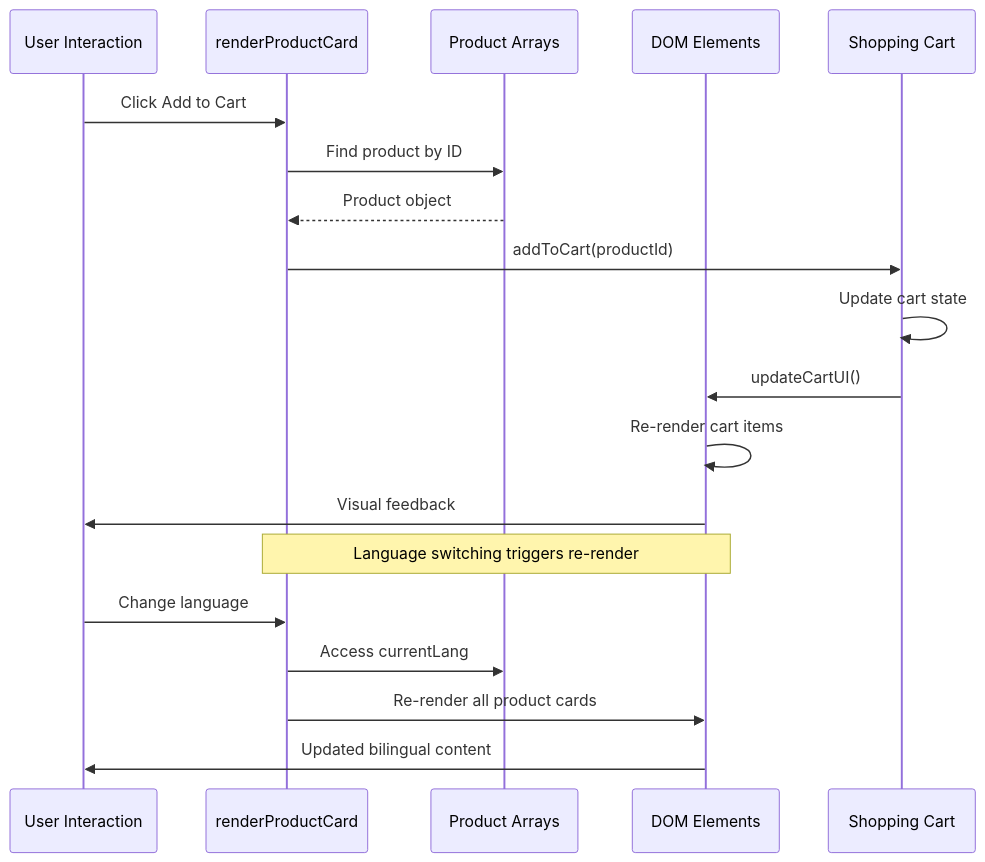
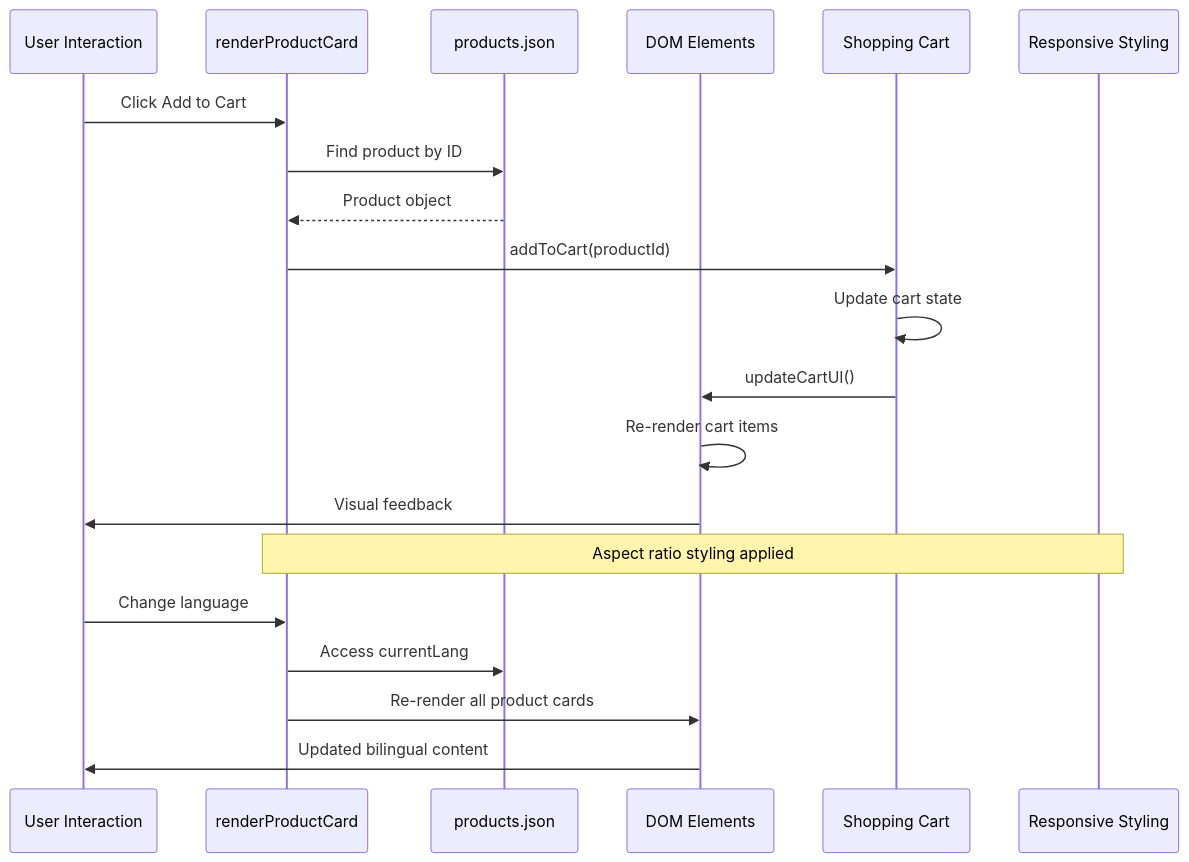
Before and after one commit to queenflowerhk/queenflowerhk.github.io: the second of 2 diagrams in .qoder/repowiki/en/content/User Interface Components/Product Gallery Components/Product Card Template System.md, drawn with Mermaid. The commit also changed other lines of this file and 22 other files, not shown here.

````diff
--- a/.qoder/repowiki/en/content/User Interface Components/Product Gallery Components/Product Card Template System.md
+++ b/.qoder/repowiki/en/content/User Interface Components/Product Gallery Components/Product Card Template System.md
@@ -116,21 +117,22 @@
 ```mermaid
 sequenceDiagram
 participant User as User Interaction
 participant Template as renderProductCard
-participant Data as Product Arrays
+participant Data as products.json
 participant DOM as DOM Elements
 participant Cart as Shopping Cart
+participant Styles as Responsive Styling
 User->>Template : Click Add to Cart
 Template->>Data : Find product by ID
 Data-->>Template : Product object
 Template->>Cart : addToCart(productId)
 Cart->>Cart : Update cart state
 Cart->>DOM : updateCartUI()
 DOM->>DOM : Re-render cart items
 DOM->>User : Visual feedback
-Note over Template,DOM : Language switching triggers re-render
+Note over Template,Styles : Aspect ratio styling applied
 User->>Template : Change language
 Template->>Data : Access currentLang
 Template->>DOM : Re-render all product cards
 DOM->>User : Updated bilingual content
 ```
````
